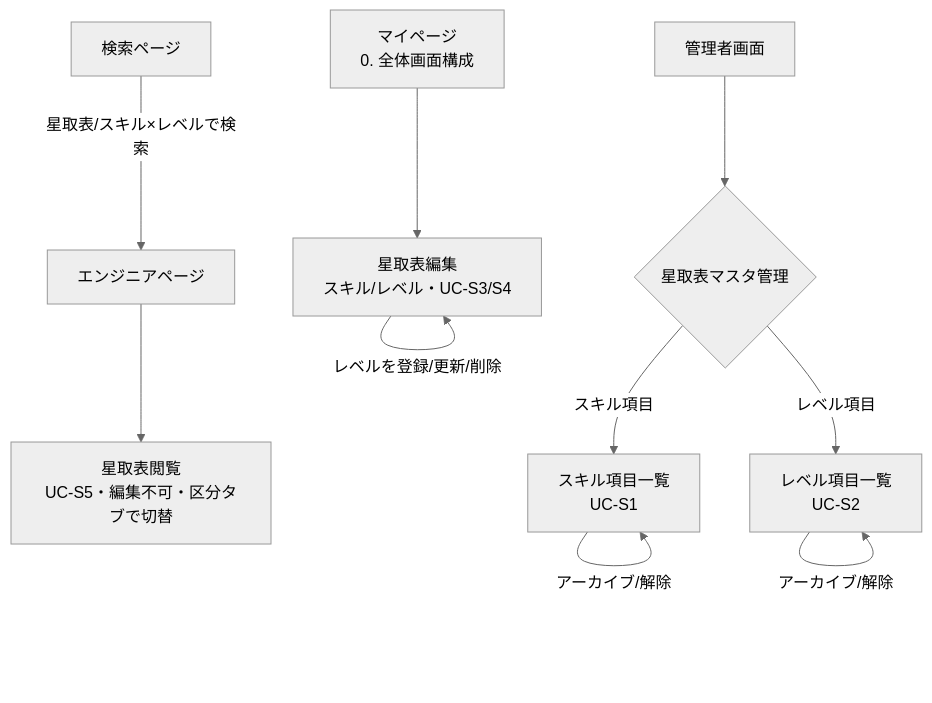
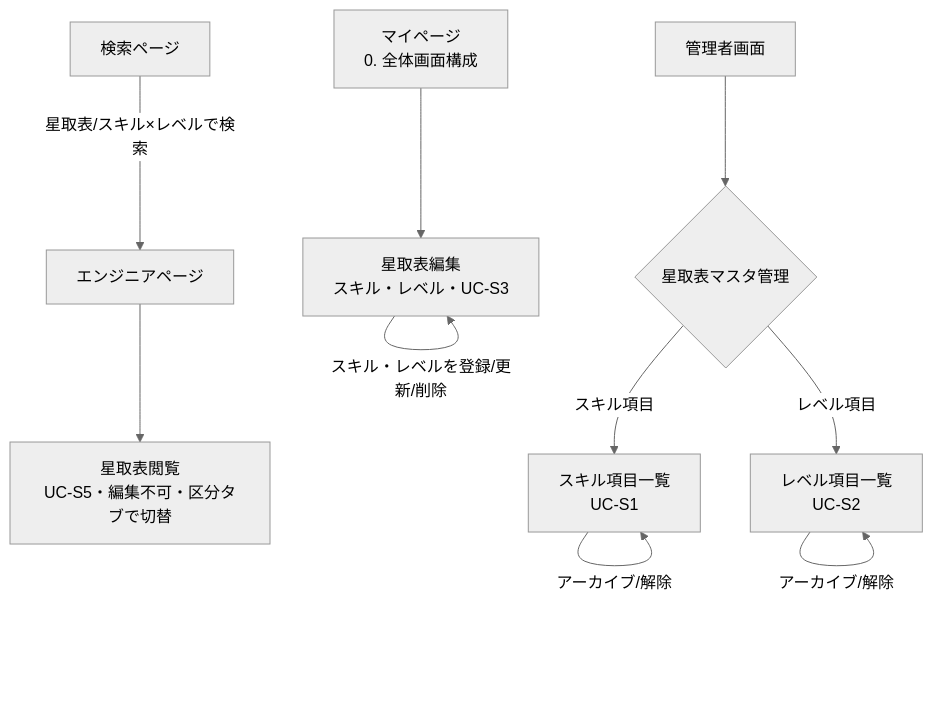
The fourth of 6 diagrams in docs/requirements/ui-flows.md (OkochiDesu/kakehashi-api), drawn with Mermaid (neutral theme) before and after one commit. The commit also changed other lines of this file and 3 other files, not shown here.

````diff
--- a/docs/requirements/ui-flows.md
+++ b/docs/requirements/ui-flows.md
@@ -143,17 +142,16 @@
 ```mermaid
 flowchart TD
-    MyPage[マイページ<br/>0. 全体画面構成] --> MyStar[星取表編集<br/>スキル/レベル・UC-S3/S4]
-    MyStar -->|スキルを登録/削除| MyStar
-    MyStar -->|レベルを登録/更新/削除| MyStar
+    MyPage[マイページ<br/>0. 全体画面構成] --> MyStar[星取表編集<br/>スキル・レベル・UC-S3]
+    MyStar -->|スキル・レベルを登録/更新/削除| MyStar
 
     Search[検索ページ] -->|星取表/スキル×レベルで検索| EngineerPage[エンジニアページ]
     EngineerPage --> StarView[星取表閲覧<br/>UC-S5・編集不可・区分タブで切替]
 
     AdminMenu[管理者画面] --> MasterMenu{星取表マスタ管理}
     MasterMenu -->|スキル項目| SkillMaster[スキル項目一覧<br/>UC-S1]
     MasterMenu -->|レベル項目| LevelMaster[レベル項目一覧<br/>UC-S2]
     SkillMaster -->|登録/更新| SkillMaster
     SkillMaster -->|アーカイブ/解除| SkillMaster
     LevelMaster -->|登録/更新| LevelMaster
     LevelMaster -->|アーカイブ/解除| LevelMaster
 ```
````
